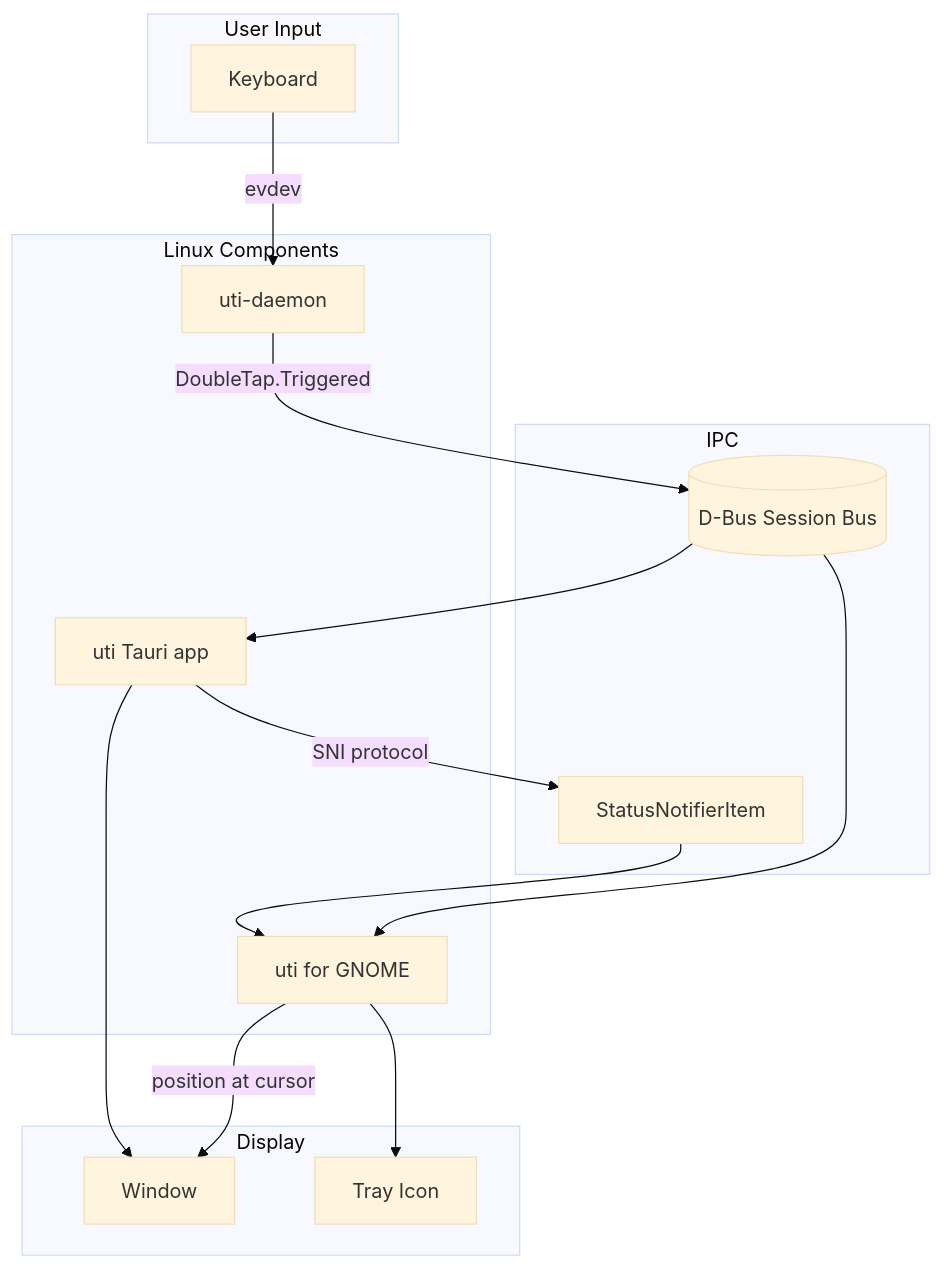
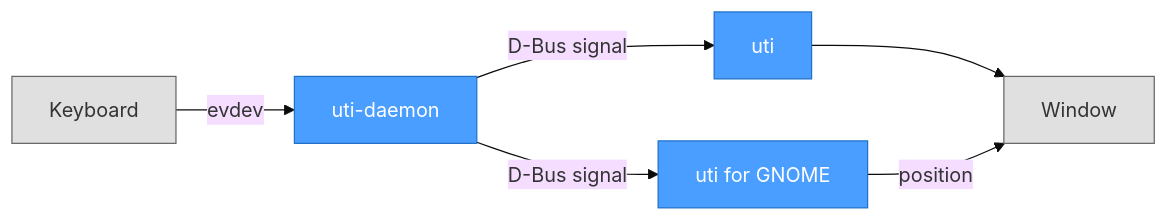
Before and after one commit to noppomario/uti: the first of 3 diagrams in docs/ARCHITECTURE.md, drawn with Mermaid (base theme). The commit also changed other lines of this file and 6 other files, not shown here.

````diff
--- a/docs/ARCHITECTURE.md
+++ b/docs/ARCHITECTURE.md
@@ -12,32 +9,14 @@
 ```mermaid
-flowchart TB
-    subgraph "User Input"
-        KB[Keyboard]
-    end
+flowchart LR
+    KB[Keyboard] -->|evdev| DAEMON[uti-daemon]
+    DAEMON -->|D-Bus signal| APP[uti]
+    DAEMON -->|D-Bus signal| EXT[uti for GNOME]
+    APP --> WIN[Window]
+    EXT -->|position| WIN
 
-    subgraph "Linux Components"
-        DAEMON[uti-daemon]
-        APP[uti Tauri app]
-        EXT[uti for GNOME]
-    end
-
-    subgraph "IPC"
-        DBUS[(D-Bus Session Bus)]
-        SNI[StatusNotifierItem]
-    end
-
-    subgraph "Display"
-        WIN[Window]
-        TRAY[Tray Icon]
-    end
-
-    KB -->|evdev| DAEMON
-    DAEMON -->|DoubleTap.Triggered| DBUS
-    DBUS --> APP
-    DBUS --> EXT
-    APP -->|SNI protocol| SNI
-    SNI --> EXT
-    EXT -->|position at cursor| WIN
-    EXT --> TRAY
-    APP --> WIN
+    style KB fill:#e0e0e0,stroke:#666
+    style WIN fill:#e0e0e0,stroke:#666
+    style DAEMON fill:#4a9eff,stroke:#2171c7,color:#fff
+    style APP fill:#4a9eff,stroke:#2171c7,color:#fff
+    style EXT fill:#4a9eff,stroke:#2171c7,color:#fff
 ```
````
